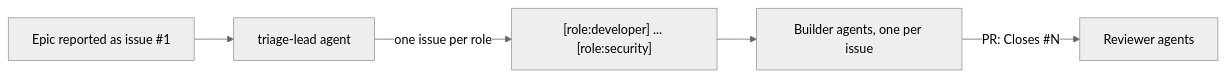
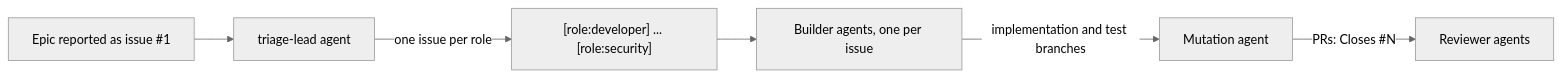
Before and after one commit to electrocucaracha/ax-agent-sandbox-poc: the diagram in docs/how-to/run-team-demo.md, drawn with Mermaid (neutral theme). The commit also changed other lines of this file and 28 other files, not shown here.

````diff
--- a/docs/how-to/run-team-demo.md
+++ b/docs/how-to/run-team-demo.md
@@ -30,7 +30,8 @@
 ```mermaid
 flowchart LR
   E[Epic reported as issue #1] --> T[triage-lead agent]
   T -->|one issue per role| I["[role:developer] ... [role:security]"]
   I --> B[Builder agents, one per issue]
-  B -->|PR: Closes #N| R[Reviewer agents]
+  B -->|implementation and test branches| M[Mutation agent]
+  M -->|PRs: Closes #N| R[Reviewer agents]
 ```
````
